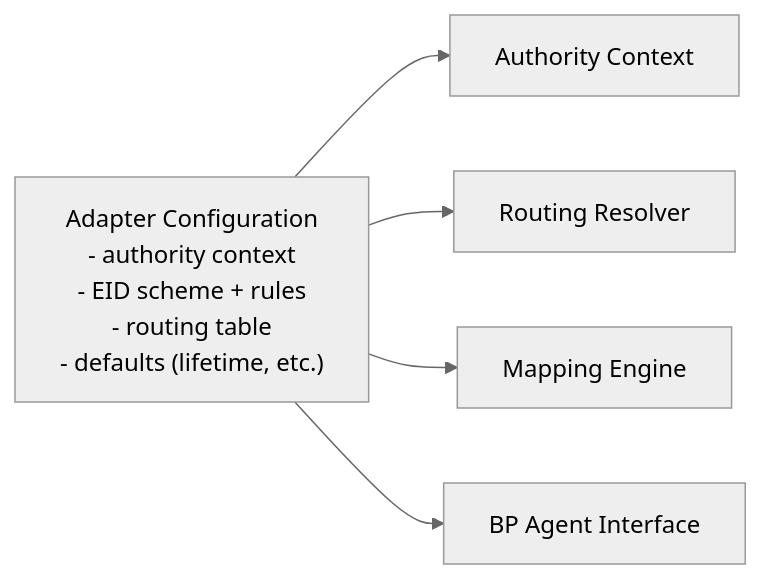
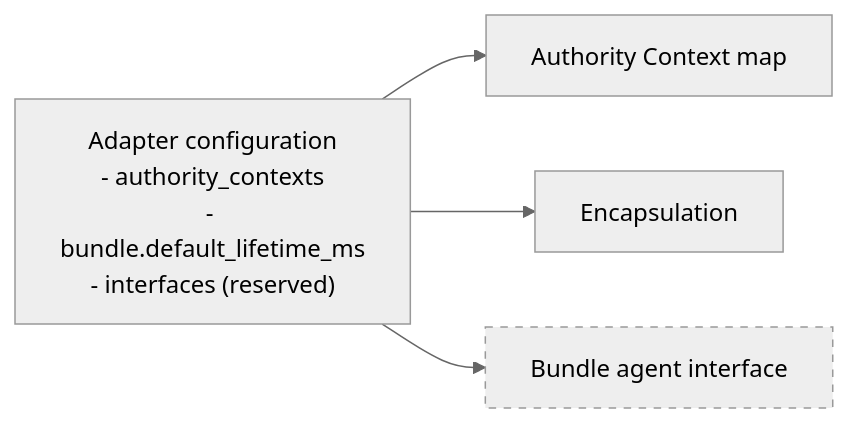
Before and after one commit to Pale-Blue-Systems/PBS-EDGE-ADAPTER-MV: the fifth of 6 diagrams in DOCS/PBS-EDGE-ARCHITECTURE.md, drawn with Mermaid (neutral theme). The commit also changed other lines of this file and 4 other files, not shown here.

````diff
--- a/DOCS/PBS-EDGE-ARCHITECTURE.md
+++ b/DOCS/PBS-EDGE-ARCHITECTURE.md
@@ -154,13 +150,14 @@
 ```mermaid
 flowchart LR
-  CONF["Adapter Configuration\n- authority context\n- EID scheme + rules\n- routing table\n- defaults (lifetime, etc.)"]
-  AC["Authority Context"]
-  RT["Routing Resolver"]
-  MAP["Mapping Engine"]
-  IO["BP Agent Interface"]
+  CONF["Adapter configuration<br/>- authority_contexts<br/>- bundle.default_lifetime_ms<br/>- interfaces (reserved)"]
+  AC["Authority Context map"]
+  ENC["Encapsulation"]
+  IO["Bundle agent interface"]
 
   CONF --> AC
-  CONF --> RT
-  CONF --> MAP
+  CONF --> ENC
   CONF --> IO
+
+  classDef planned stroke-dasharray: 5 5
+  class IO planned
 ```
````
